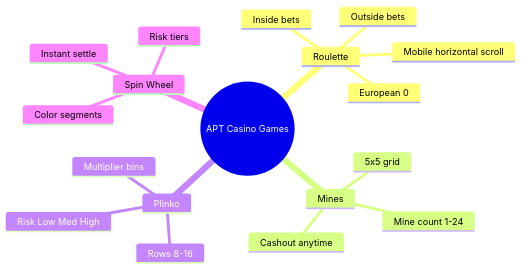
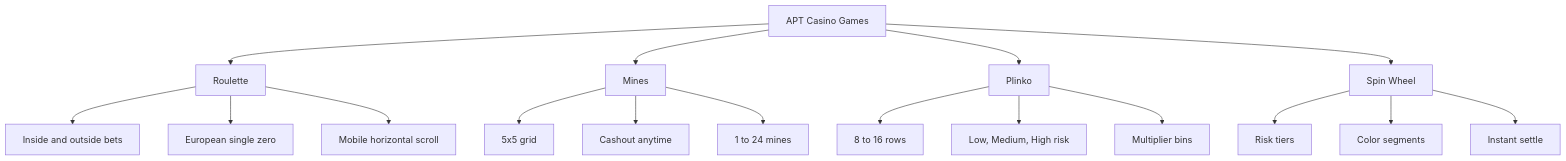
Before and after one commit to AmaanSayyad/apt-casino: the fourth of 6 diagrams in README.md, drawn with Mermaid. The commit also changed other lines of this file and 5 other files, not shown here.

First line of the commit message:
docs: fix Mermaid diagrams for GitHub rendering

````diff
--- a/README.md
+++ b/README.md
@@ -228,21 +228,25 @@
 ```mermaid
-mindmap
-  root((APT Casino Games))
-    Roulette
-      Inside bets
-      Outside bets
-      European 0
-      Mobile horizontal scroll
-    Mines
-      5x5 grid
-      Cashout anytime
-      Mine count 1-24
-    Plinko
-      Rows 8-16
-      Risk Low Med High
-      Multiplier bins
-    Spin Wheel
-      Risk tiers
-      Color segments
-      Instant settle
+flowchart TB
+    ROOT["APT Casino Games"]
+
+    ROOT --> R["Roulette"]
+    ROOT --> M["Mines"]
+    ROOT --> P["Plinko"]
+    ROOT --> W["Spin Wheel"]
+
+    R --> R1["Inside and outside bets"]
+    R --> R2["European single zero"]
+    R --> R3["Mobile horizontal scroll"]
+
+    M --> M1["5x5 grid"]
+    M --> M2["Cashout anytime"]
+    M --> M3["1 to 24 mines"]
+
+    P --> P1["8 to 16 rows"]
+    P --> P2["Low, Medium, High risk"]
+    P --> P3["Multiplier bins"]
+
+    W --> W1["Risk tiers"]
+    W --> W2["Color segments"]
+    W --> W3["Instant settle"]
 ```
````
